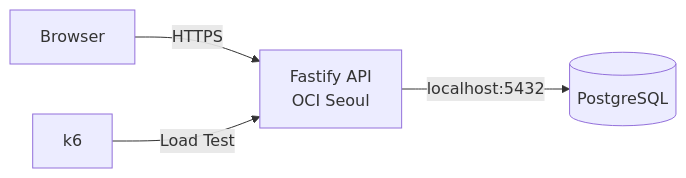
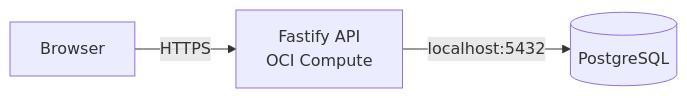
Before and after one commit to seoheejung/hourboard: the third of 3 diagrams in README.md, drawn with Mermaid. The commit also changed other lines of this file and 3 other files, not shown here.

````diff
--- a/README.md
+++ b/README.md
@@ -188,6 +218,5 @@
 ```mermaid
 flowchart LR
-    Browser -->|HTTPS| Fastify[Fastify API\nOCI Seoul]
-    k6 -->|Load Test| Fastify
+    Browser -->|HTTPS| Fastify[Fastify API\nOCI Compute]
     Fastify -->|localhost:5432| PostgreSQL[(PostgreSQL)]
 ```
````
